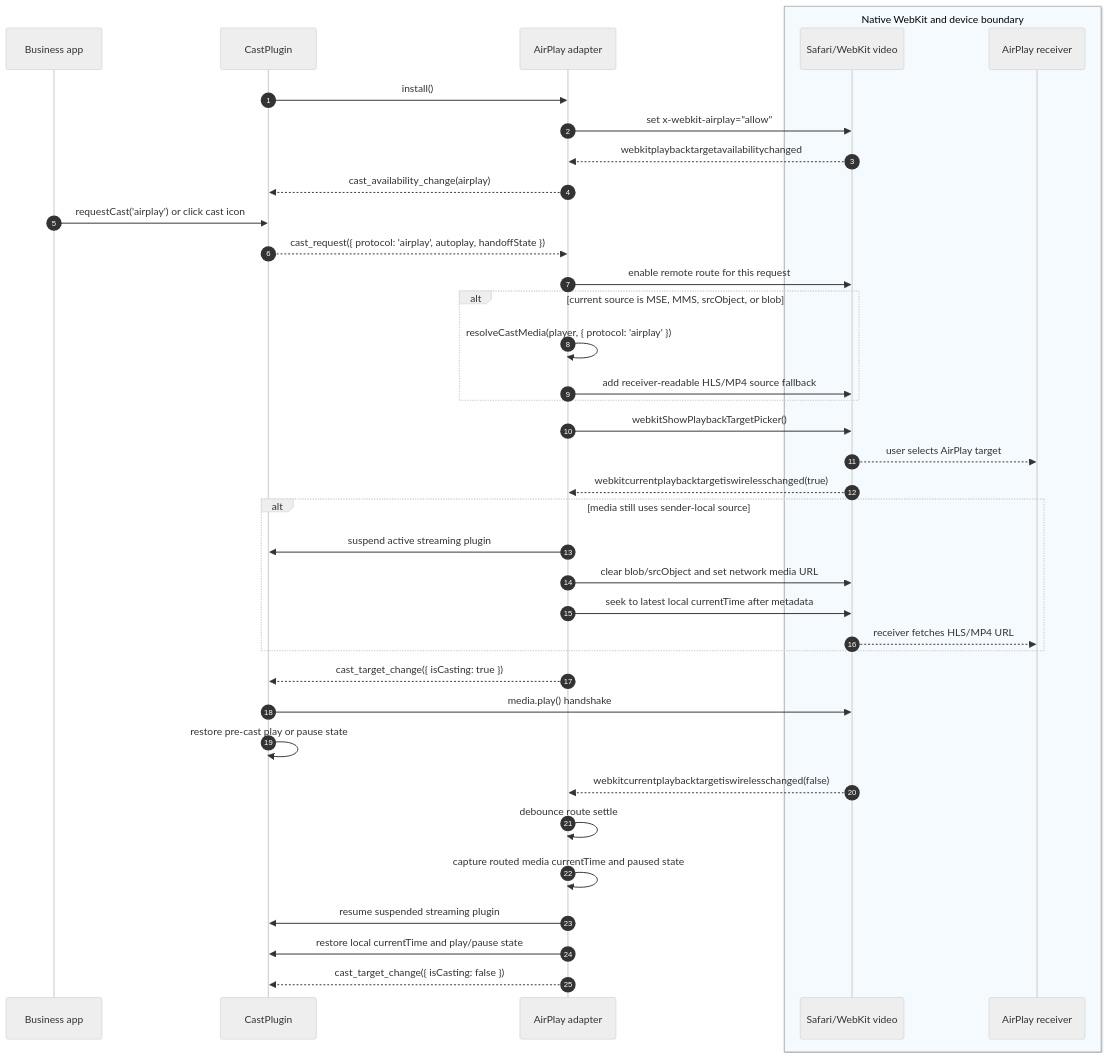
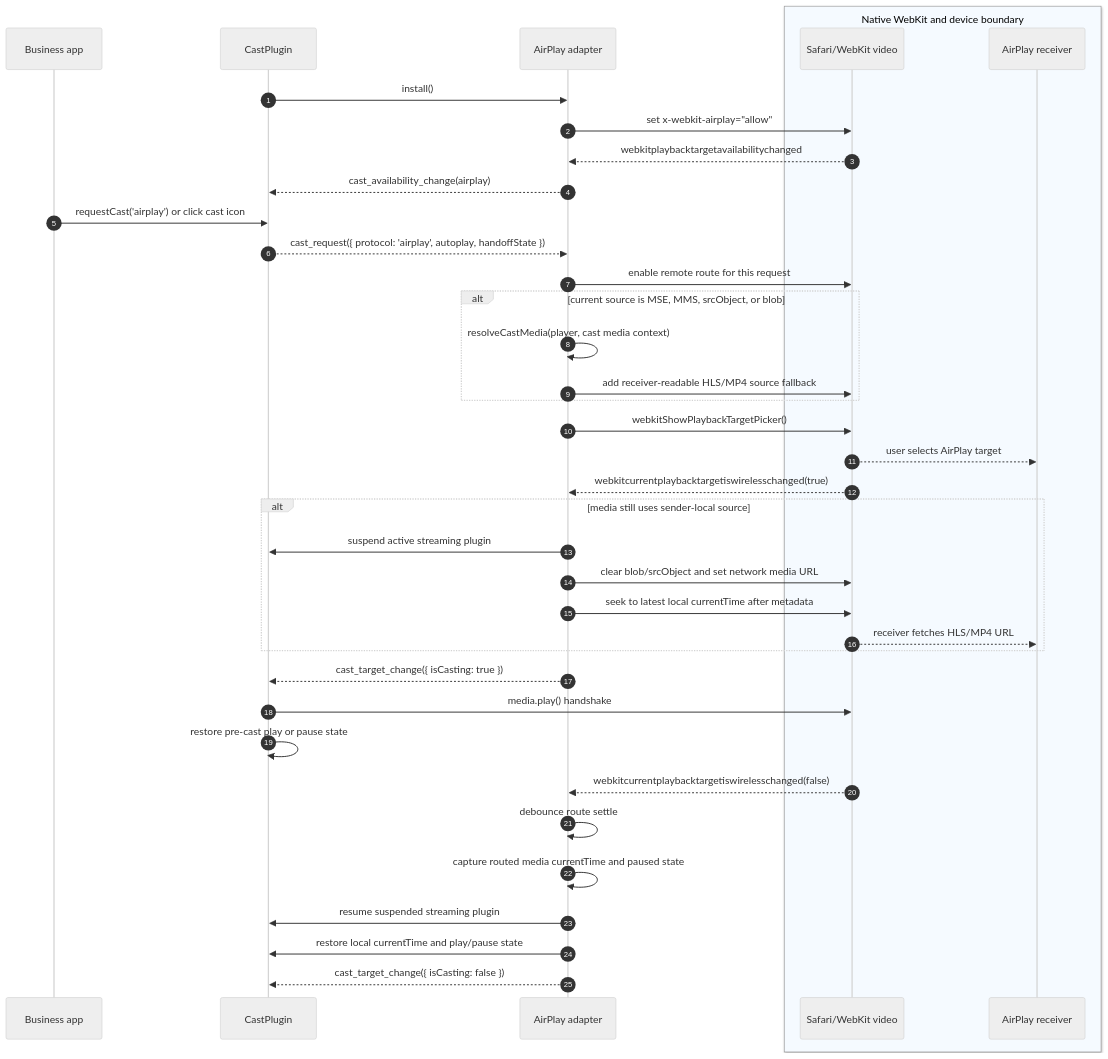
One commit to bytedance/xgplayer changed the second of 2 diagrams in packages/xgplayer-cast/README.md. Above: the diagram before and after it, drawn with Mermaid (neutral theme). The commit also changed other lines of this file and 6 other files, not shown here.

First line of the commit message:
fix(cast): unify receiver media resolution

````diff
--- a/packages/xgplayer-cast/README.md
+++ b/packages/xgplayer-cast/README.md
@@ -220,47 +220,47 @@
 ```mermaid
 sequenceDiagram
   autonumber
   participant App as Business app
   participant Plugin as CastPlugin
   participant AirPlay as AirPlay adapter
   box rgb(245, 250, 255) Native WebKit and device boundary
     participant WebKit as Safari/WebKit video
     participant Receiver as AirPlay receiver
   end
 
   Plugin->>AirPlay: install()
   AirPlay->>WebKit: set x-webkit-airplay="allow"
   WebKit-->>AirPlay: webkitplaybacktargetavailabilitychanged
   AirPlay-->>Plugin: cast_availability_change(airplay)
 
   App->>Plugin: requestCast('airplay') or click cast icon
   Plugin-->>AirPlay: cast_request({ protocol: 'airplay', autoplay, handoffState })
   AirPlay->>WebKit: enable remote route for this request
 
   alt current source is MSE, MMS, srcObject, or blob
-    AirPlay->>AirPlay: resolveCastMedia(player, { protocol: 'airplay' })
+    AirPlay->>AirPlay: resolveCastMedia(player, cast media context)
     AirPlay->>WebKit: add receiver-readable HLS/MP4 source fallback
   end
 
   AirPlay->>WebKit: webkitShowPlaybackTargetPicker()
   WebKit-->>Receiver: user selects AirPlay target
   WebKit-->>AirPlay: webkitcurrentplaybacktargetiswirelesschanged(true)
 
   alt media still uses sender-local source
     AirPlay->>Plugin: suspend active streaming plugin
     AirPlay->>WebKit: clear blob/srcObject and set network media URL
     AirPlay->>WebKit: seek to latest local currentTime after metadata
     WebKit-->>Receiver: receiver fetches HLS/MP4 URL
   end
 
   AirPlay-->>Plugin: cast_target_change({ isCasting: true })
   Plugin->>WebKit: media.play() handshake
   Plugin->>Plugin: restore pre-cast play or pause state
 
   WebKit-->>AirPlay: webkitcurrentplaybacktargetiswirelesschanged(false)
   AirPlay->>AirPlay: debounce route settle
   AirPlay->>AirPlay: capture routed media currentTime and paused state
   AirPlay->>Plugin: resume suspended streaming plugin
   AirPlay->>Plugin: restore local currentTime and play/pause state
   AirPlay-->>Plugin: cast_target_change({ isCasting: false })
 ```
````
